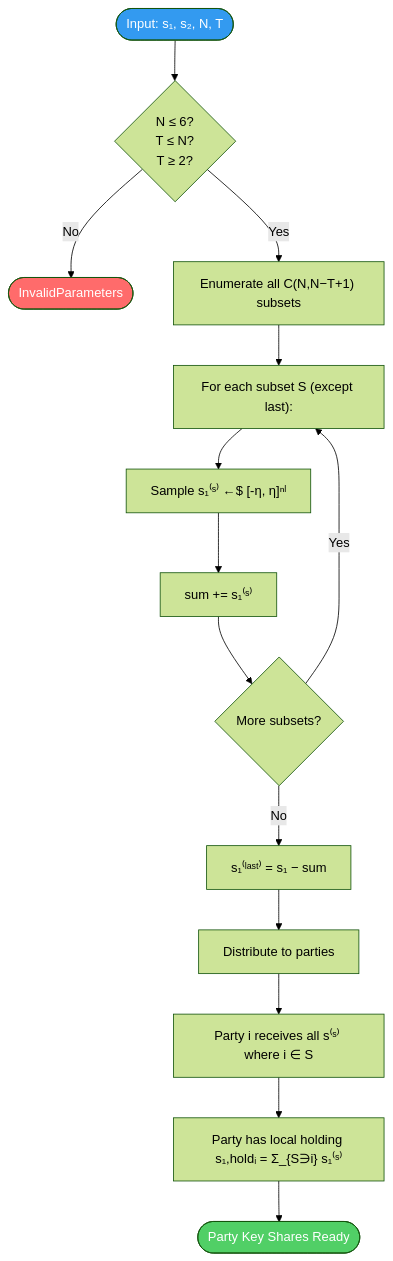
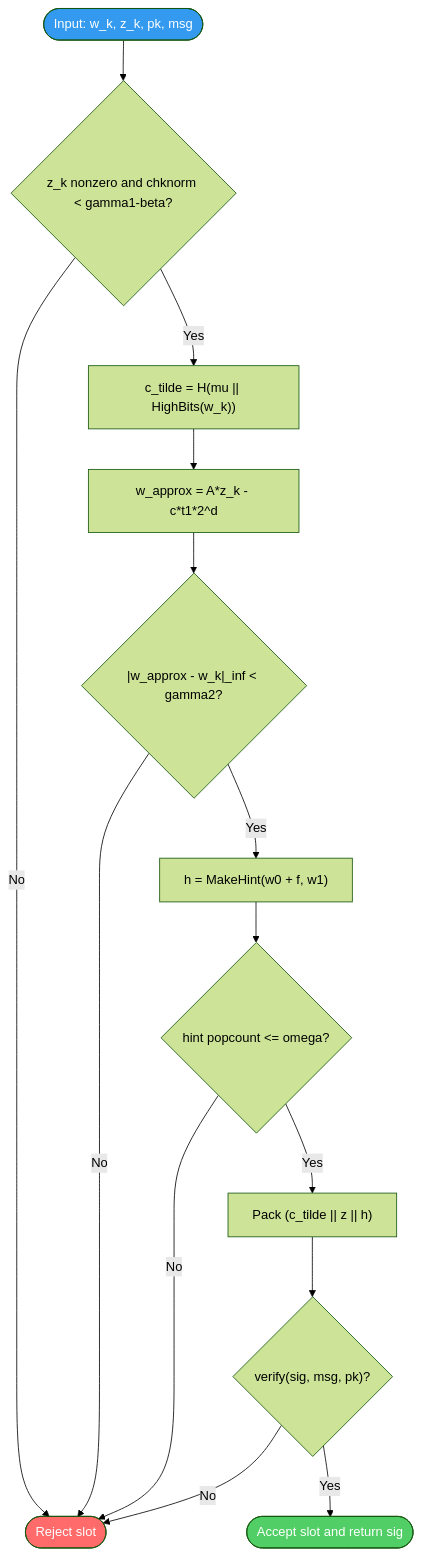
Before and after one commit to lattice-safe/threshold-ml-dsa: the eighth of 8 diagrams in PROTOCOL.md, drawn with Mermaid (forest theme). The commit also changed other lines of this file and 2 other files, not shown here.

Commit message:
docs: align README/SDK/PROTOCOL with v0.3 signing flow

````diff
--- a/PROTOCOL.md
+++ b/PROTOCOL.md
@@ -778,22 +714,20 @@
 ```mermaid
 flowchart TD
-    START([Input: s₁, s₂, N, T]) --> VALIDATE{"N ≤ 6?\nT ≤ N?\nT ≥ 2?"}
-    VALIDATE -->|No| ERROR([InvalidParameters])
-    VALIDATE -->|Yes| ENUM["Enumerate all C(N,N−T+1) subsets"]
-
-    ENUM --> LOOP["For each subset S (except last):"]
-    LOOP --> SAMPLE["Sample s₁⁽ˢ⁾ ←$ [-η, η]ⁿˡ"]
-    SAMPLE --> SUM["sum += s₁⁽ˢ⁾"]
-    SUM --> NEXT{More subsets?}
-    NEXT -->|Yes| LOOP
-    NEXT -->|No| LAST
-
-    LAST["s₁⁽ˡᵃˢᵗ⁾ = s₁ − sum"] --> DIST["Distribute to parties"]
-    DIST --> PARTY["Party i receives all s⁽ˢ⁾ where i ∈ S"]
-    PARTY --> EFF["Party has local holding s₁,holdᵢ = Σ_{S∋i} s₁⁽ˢ⁾"]
-    EFF --> DONE([Party Key Shares Ready])
+    START([Input: w_k, z_k, pk, msg]) --> NZ{"z_k nonzero and chknorm < gamma1-beta?"}
+    NZ -->|No| REJ([Reject slot])
+    NZ -->|Yes| CT["c_tilde = H(mu || HighBits(w_k))"]
+    CT --> WA["w_approx = A*z_k - c*t1*2^d"]
+    WA --> DELTA{"|w_approx - w_k|_inf < gamma2?"}
+    DELTA -->|No| REJ
+    DELTA -->|Yes| HINT["h = MakeHint(w0 + f, w1)"]
+    HINT --> OMEGA{"hint popcount <= omega?"}
+    OMEGA -->|No| REJ
+    OMEGA -->|Yes| PACK["Pack (c_tilde || z || h)"]
+    PACK --> VER{"verify(sig, msg, pk)?"}
+    VER -->|Yes| OK([Accept slot and return sig])
+    VER -->|No| REJ
 
     style START fill:#339af0,color:#fff
-    style DONE fill:#51cf66,color:#fff
-    style ERROR fill:#ff6b6b,color:#fff
+    style OK fill:#51cf66,color:#fff
+    style REJ fill:#ff6b6b,color:#fff
 ```
````
